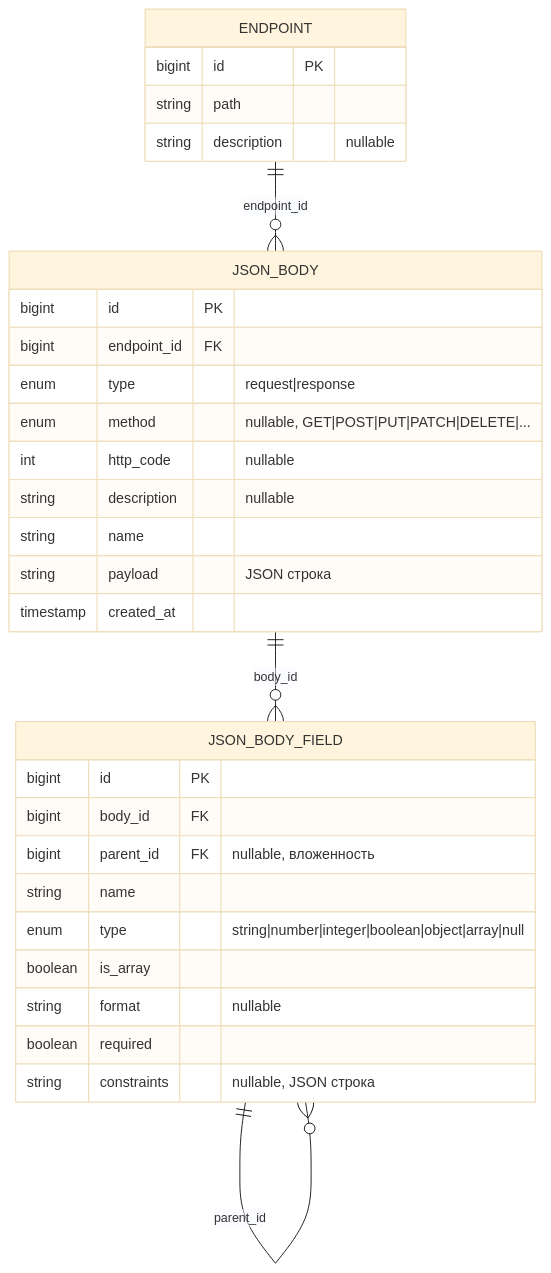
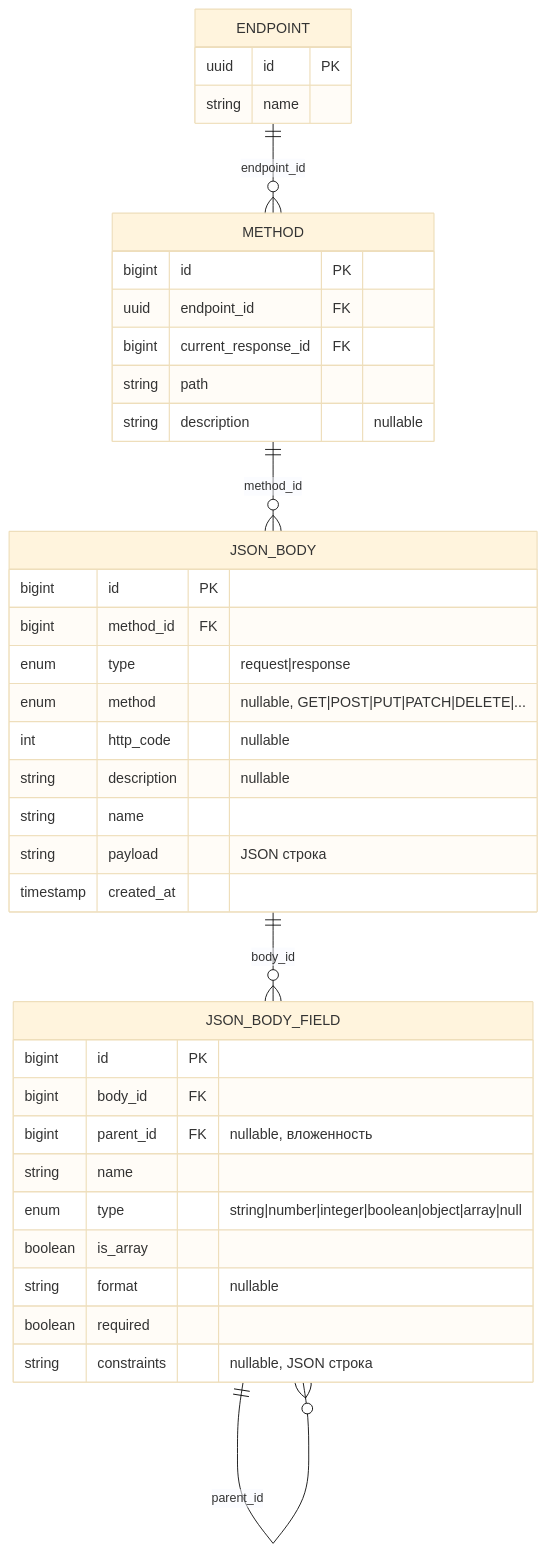
Before and after one commit to p6tso/p6tso.github.io: the diagram in smokerest/db_schema.md, drawn with Mermaid (base theme).

Commit message:
правки бд

````diff
--- a/smokerest/db_schema.md
+++ b/smokerest/db_schema.md
@@ -5,36 +5,44 @@
 ```mermaid
 erDiagram
     JSON_BODY {
         bigint id PK
-        bigint endpoint_id FK
+        bigint method_id FK
         enum type "request|response"
         enum method "nullable, GET|POST|PUT|PATCH|DELETE|..."
         int http_code "nullable"
         string description "nullable"
         string name
         string payload "JSON строка"
         timestamp created_at
     }
 
     JSON_BODY_FIELD {
         bigint id PK
         bigint body_id FK
         bigint parent_id FK "nullable, вложенность"
         string name
         enum type "string|number|integer|boolean|object|array|null"
         boolean is_array
         string format "nullable"
         boolean required
         string constraints "nullable, JSON строка"
     }
 
-    ENDPOINT {
+    METHOD {
         bigint id PK
+        uuid endpoint_id FK 
+        bigint current_response_id FK
         string path
         string description "nullable"
+    }
+    
+    ENDPOINT {
+        uuid id PK
+        string name
     }
     JSON_BODY ||--o{ JSON_BODY_FIELD : "body_id"
     JSON_BODY_FIELD ||--o{ JSON_BODY_FIELD : "parent_id"
 
-    ENDPOINT ||--o{ JSON_BODY : "endpoint_id"
+    METHOD ||--o{ JSON_BODY : "method_id"
+    ENDPOINT ||--o{ METHOD : "endpoint_id"
 ```
````
